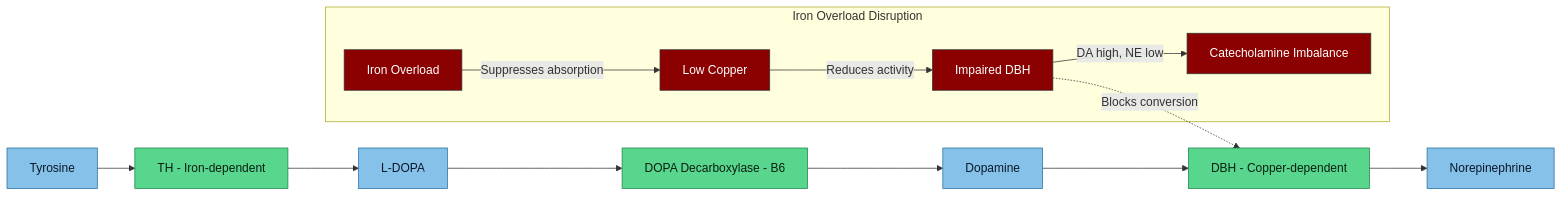
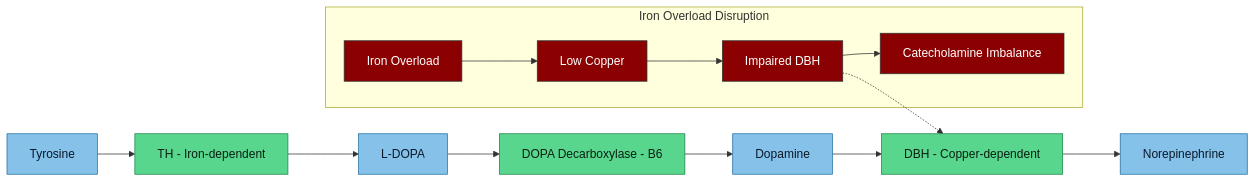
One commit to Aegis-commits/ag-hfe-adhd-asd-research changed the diagram in src/site/notes/research/Copper-Iron-Dopamine Triangle.md. Above: the diagram before and after it, drawn with Mermaid. The commit also changed 14 other files, not shown here.

````diff
--- a/src/site/notes/research/Copper-Iron-Dopamine Triangle.md
+++ b/src/site/notes/research/Copper-Iron-Dopamine Triangle.md
@@ -15,33 +15,33 @@
 ```mermaid
 flowchart LR
     TYR["Tyrosine"]
     TH["TH - Iron-dependent"]
     LDOPA["L-DOPA"]
     DDC["DOPA Decarboxylase - B6"]
     DA["Dopamine"]
     DBH["DBH - Copper-dependent"]
     NE["Norepinephrine"]
 
     TYR --> TH --> LDOPA --> DDC --> DA --> DBH --> NE
 
     subgraph Disruption["Iron Overload Disruption"]
         FE_EXCESS["Iron Overload"]
         CU_LOW["Low Copper"]
         DBH_IMPAIR["Impaired DBH"]
         IMBALANCE["Catecholamine Imbalance"]
     end
 
-    FE_EXCESS -->|"Suppresses absorption"| CU_LOW
-    CU_LOW -->|"Reduces activity"| DBH_IMPAIR
-    DBH_IMPAIR -->|"DA high, NE low"| IMBALANCE
+    FE_EXCESS --> CU_LOW
+    CU_LOW --> DBH_IMPAIR
+    DBH_IMPAIR --> IMBALANCE
 
-    DBH_IMPAIR -.->|"Blocks conversion"| DBH
+    DBH_IMPAIR -.-> DBH
 
     classDef enzyme fill:#58d68d,stroke:#1e8449,color:#0a1f12
     classDef molecule fill:#85c1e9,stroke:#2471a3,color:#0a1929
     classDef disruption fill:#8b0000,stroke:#333,color:#fff
 
     class TH,DDC,DBH enzyme
     class TYR,LDOPA,DA,NE molecule
     class FE_EXCESS,CU_LOW,DBH_IMPAIR,IMBALANCE disruption
 ```
````
